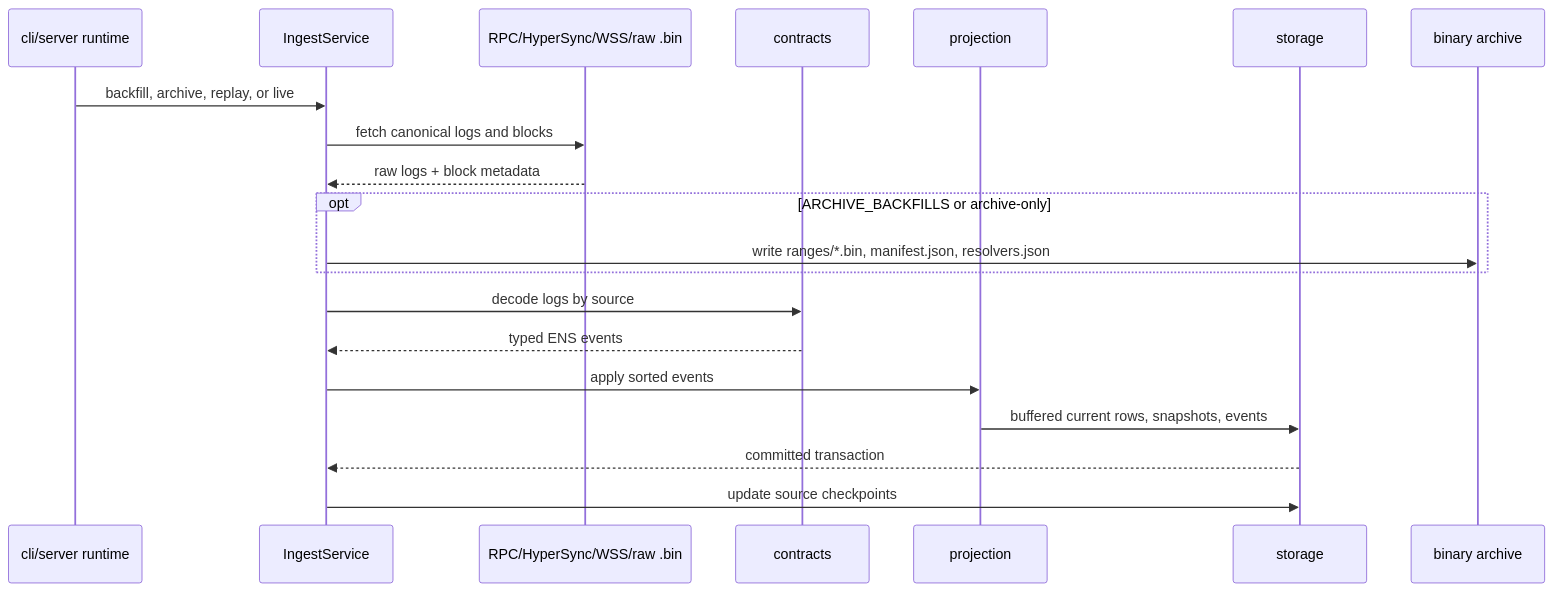
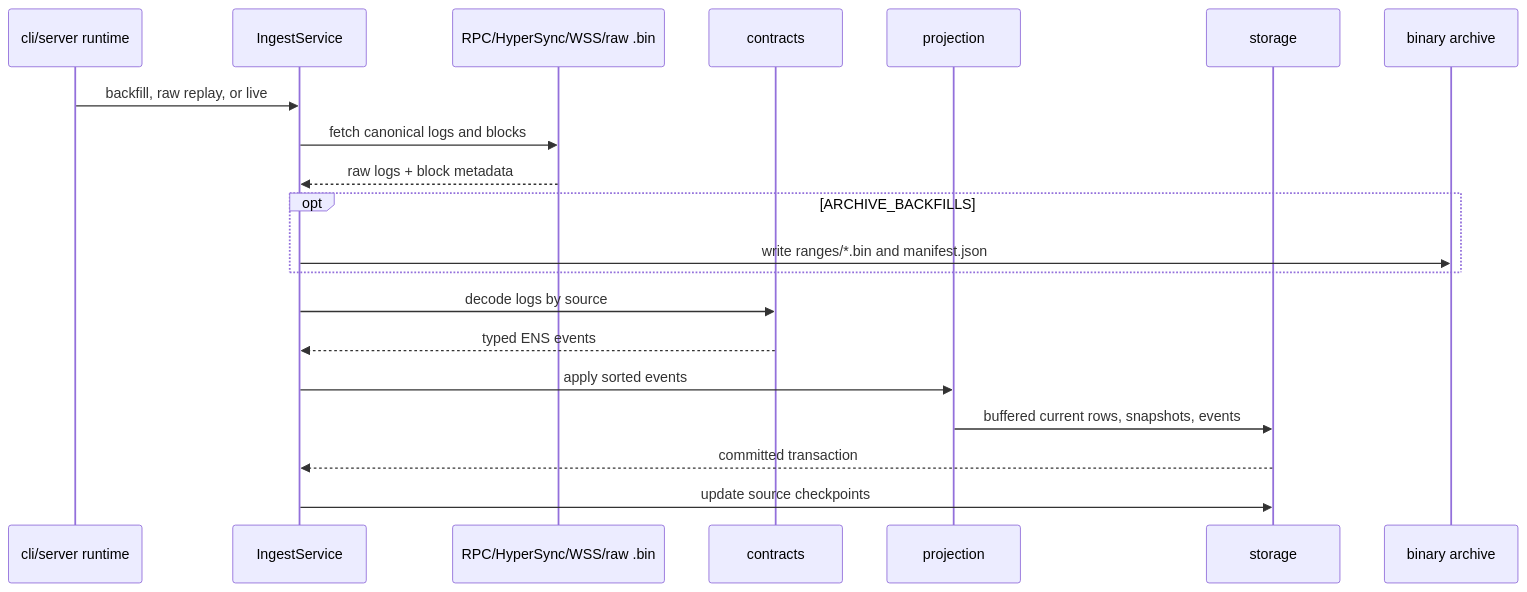
One commit to thenamespace/ensindexer-rs changed the diagram in crates/ingest/README.md. Above: the diagram before and after it, drawn with Mermaid. The commit also changed other lines of this file and 11 other files, not shown here.

Commit message:
chore: remove archive-only ingest path

````diff
--- a/crates/ingest/README.md
+++ b/crates/ingest/README.md
@@ -7,23 +7,23 @@
 ```mermaid
 sequenceDiagram
     participant CLI as cli/server runtime
     participant Ingest as IngestService
     participant Source as RPC/HyperSync/WSS/raw .bin
     participant Contracts as contracts
     participant Projection as projection
     participant Storage as storage
     participant Archive as binary archive
 
-    CLI->>Ingest: backfill, archive, replay, or live
+    CLI->>Ingest: backfill, raw replay, or live
     Ingest->>Source: fetch canonical logs and blocks
     Source-->>Ingest: raw logs + block metadata
-    opt ARCHIVE_BACKFILLS or archive-only
-        Ingest->>Archive: write ranges/*.bin, manifest.json, resolvers.json
+    opt ARCHIVE_BACKFILLS
+        Ingest->>Archive: write ranges/*.bin and manifest.json
     end
     Ingest->>Contracts: decode logs by source
     Contracts-->>Ingest: typed ENS events
     Ingest->>Projection: apply sorted events
     Projection->>Storage: buffered current rows, snapshots, events
     Storage-->>Ingest: committed transaction
     Ingest->>Storage: update source checkpoints
 ```
````
